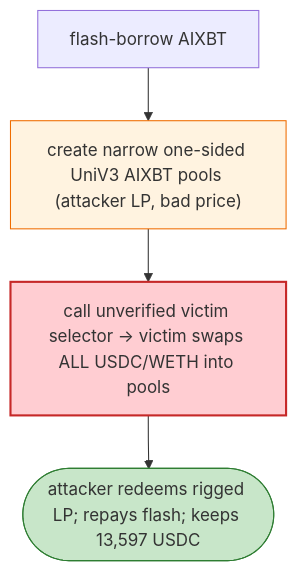
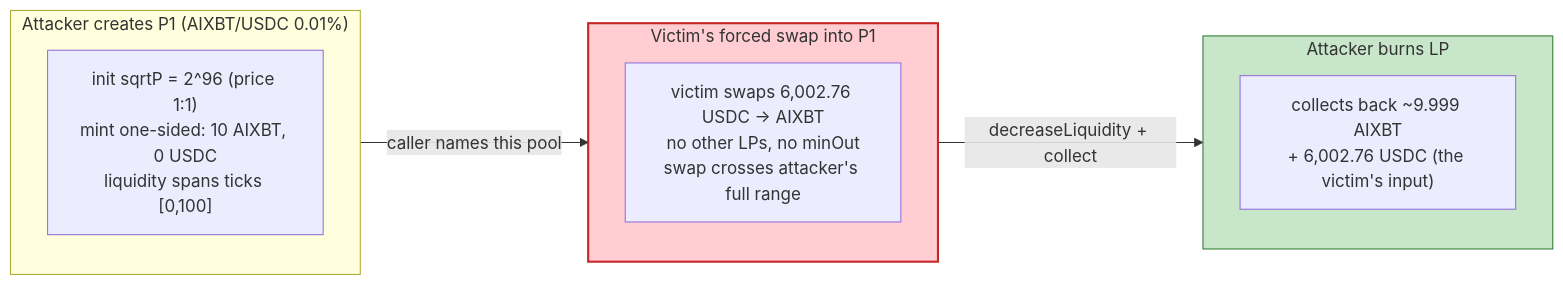
The fourth of 4 diagrams in 2025-01-AIXBTForcedSwap_exp/AIXBTForcedSwap_exp.md (sanbir/evm-hack-registry), drawn with Mermaid before and after one commit. The commit also changed other lines of this file and 52 other files, not shown here.

````diff
--- a/2025-01-AIXBTForcedSwap_exp/AIXBTForcedSwap_exp.md
+++ b/2025-01-AIXBTForcedSwap_exp/AIXBTForcedSwap_exp.md
@@ -42,10 +356,17 @@
 ```mermaid
-flowchart TD
-    FL["flash-borrow AIXBT"] --> NP["create narrow one-sided UniV3 AIXBT pools (attacker LP, bad price)"]
-    NP --> CALL["call unverified victim selector → victim swaps ALL USDC/WETH into pools"]
-    CALL --> OUT(["attacker redeems rigged LP; repays flash; keeps 13,597 USDC"])
+flowchart LR
+    subgraph Setup["Attacker creates P1 (AIXBT/USDC 0.01%)"]
+        A1["init sqrtP = 2^96 (price 1:1)<br/>mint one-sided: 10 AIXBT, 0 USDC<br/>liquidity spans ticks [0,100]"]
+    end
+    subgraph Hit["Victim's forced swap into P1"]
+        A2["victim swaps 6,002.76 USDC -> AIXBT<br/>no other LPs, no minOut<br/>swap crosses attacker's full range"]
+    end
+    subgraph Collect["Attacker burns LP"]
+        A3["collects back ~9.999 AIXBT<br/>+ 6,002.76 USDC (the victim's input)"]
+    end
+    Setup -->|"caller names this pool"| Hit
+    Hit -->|"decreaseLiquidity + collect"| Collect
 
-    style NP fill:#fff3e0,stroke:#ef6c00
-    style CALL fill:#ffcdd2,stroke:#c62828,stroke-width:2px
-    style OUT fill:#c8e6c9,stroke:#2e7d32
+    style Hit fill:#ffcdd2,stroke:#c62828,stroke-width:2px
+    style Collect fill:#c8e6c9,stroke:#2e7d32
 ```
````
